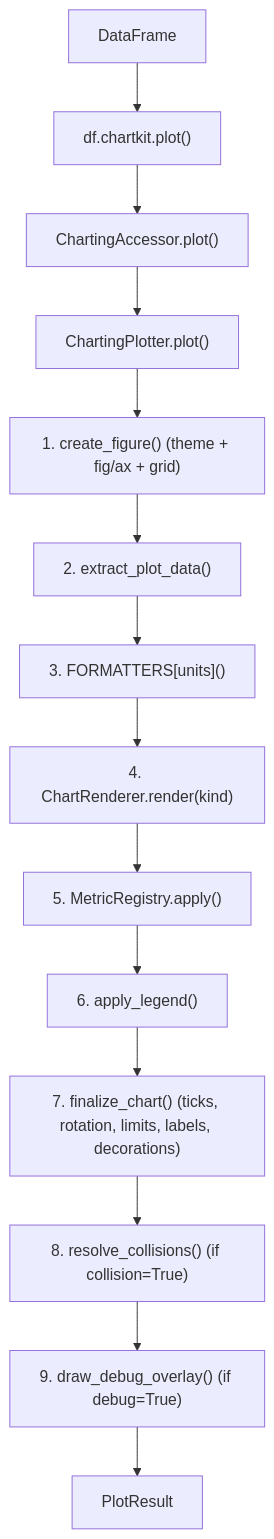
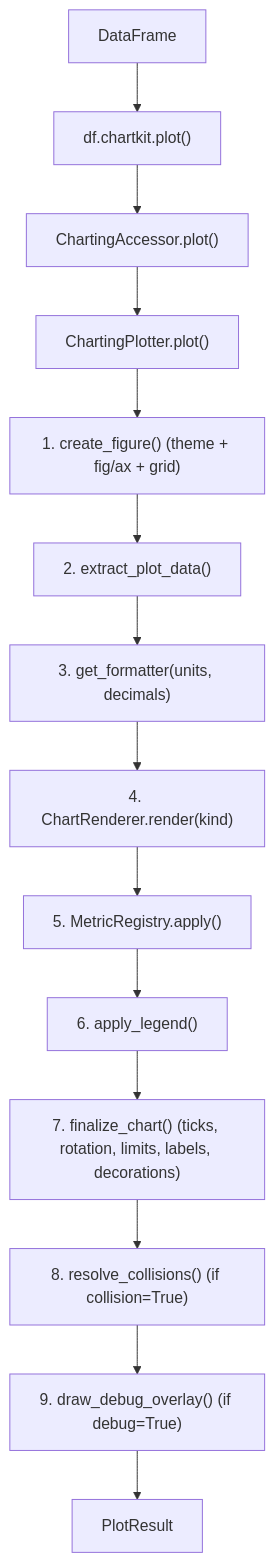
The diagram in docs/contributing/architecture.md (enzoomoreira/chartkit), drawn with Mermaid before and after one commit. The commit also changed other lines of this file and 4 other files, not shown here.

````diff
--- a/docs/contributing/architecture.md
+++ b/docs/contributing/architecture.md
@@ -92,17 +92,17 @@
 ```mermaid
 flowchart TD
     A[DataFrame] --> B["df.chartkit.plot()"]
     B --> C["ChartingAccessor.plot()"]
     C --> D["ChartingPlotter.plot()"]
 
     D --> D1["1. create_figure() (theme + fig/ax + grid)"]
     D1 --> D3["2. extract_plot_data()"]
-    D3 --> D4["3. FORMATTERS[units]()"]
+    D3 --> D4["3. get_formatter(units, decimals)"]
     D4 --> D5["4. ChartRenderer.render(kind)"]
     D5 --> D6["5. MetricRegistry.apply()"]
     D6 --> D6b["6. apply_legend()"]
     D6b --> D7["7. finalize_chart() (ticks, rotation, limits, labels, decorations)"]
     D7 --> D8["8. resolve_collisions() (if collision=True)"]
     D8 --> D9["9. draw_debug_overlay() (if debug=True)"]
     D9 --> E["PlotResult"]
 ```
````
